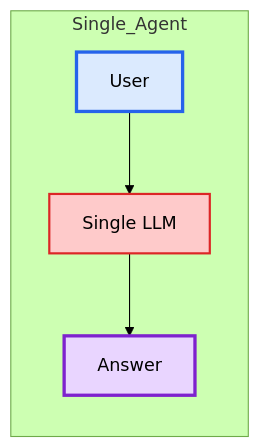
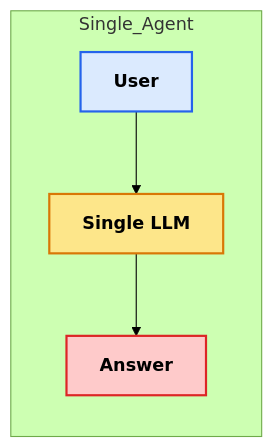
The first of 9 diagrams in README-6MultiAgentSystem.md (christseng89/LangChain-2026), drawn with Mermaid (forest theme) before and after one commit. The commit also changed other lines of this file, not shown here.

````diff
--- a/README-6MultiAgentSystem.md
+++ b/README-6MultiAgentSystem.md
@@ -6,16 +6,17 @@
 ```mermaid
 flowchart LR
 
 subgraph Single_Agent
     U1["User"]
     A["Single LLM"]
     O1["Answer"]
 
     U1 --> A --> O1
 end
 
-style U1 fill:#DBEAFE,stroke:#2563EB,stroke-width:3px
-style A fill:#FECACA,stroke:#DC2626,stroke-width:2px
-style O1 fill:#E9D5FF,stroke:#7E22CE,stroke-width:3px
+%% Background + Border + Text Color
+style U1 fill:#DBEAFE,stroke:#2563EB,stroke-width:2px,color:#000,font-weight:bold
+style A fill:#FDE68A,stroke:#D97706,stroke-width:2px,color:#000,font-weight:bold
+style O1 fill:#FECACA,stroke:#DC2626,stroke-width:2px,color:#000,font-weight:bold
 
 ```
````
